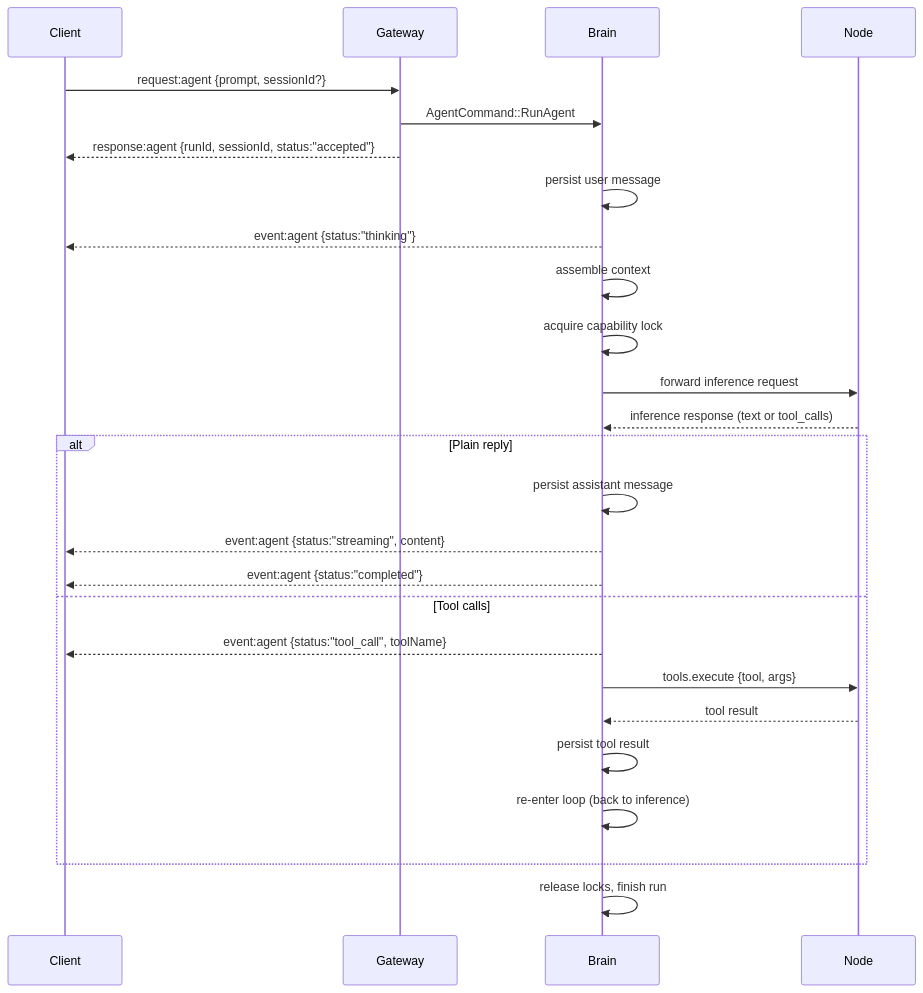
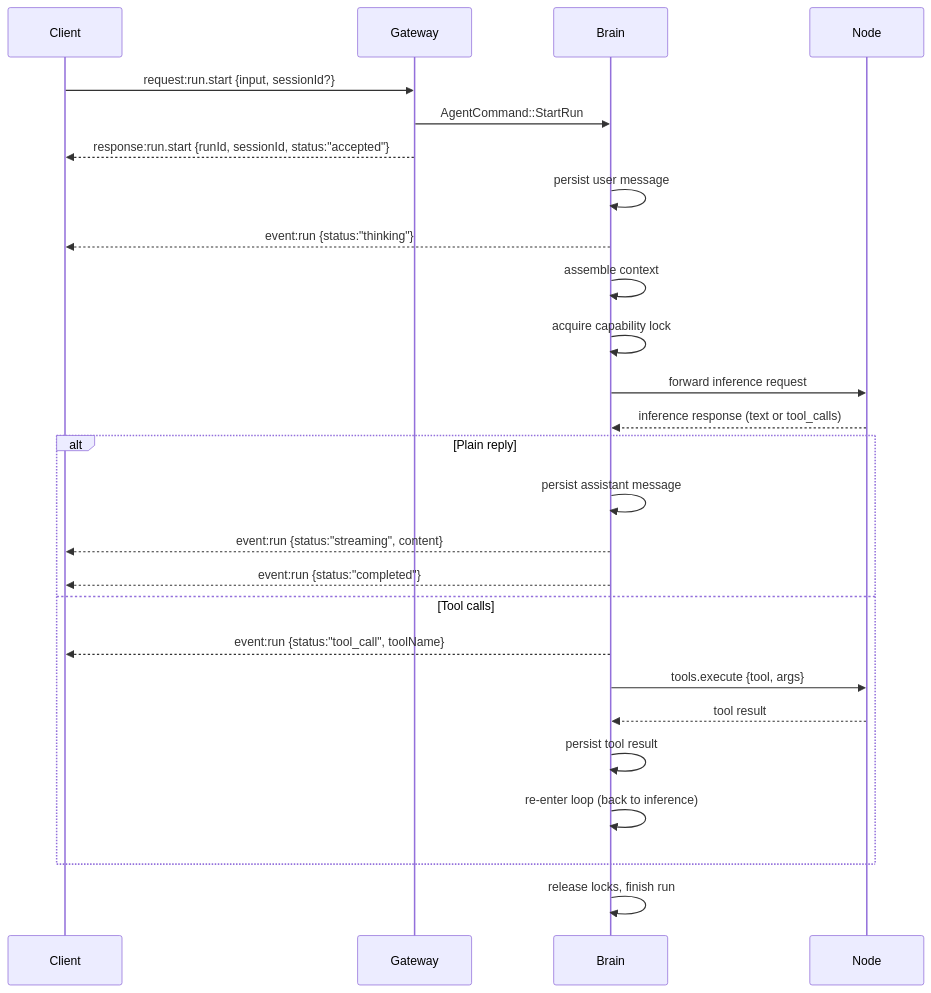
The first of 5 diagrams in docs/src/nexo/old_agent_file_theres_still_stuff_here_i_want_to_keep_but_lets_first_get_the_agent_loop_file_in_the_best_shape_and_implemented.md (thiezn/NEXO), drawn with Mermaid before and after one commit. The commit also changed other lines of this file and 106 other files, not shown here.

````diff
--- a/docs/src/nexo/old_agent_file_theres_still_stuff_here_i_want_to_keep_but_lets_first_get_the_agent_loop_file_in_the_best_shape_and_implemented.md
+++ b/docs/src/nexo/old_agent_file_theres_still_stuff_here_i_want_to_keep_but_lets_first_get_the_agent_loop_file_in_the_best_shape_and_implemented.md
@@ -20,32 +27,32 @@
 ```mermaid
 sequenceDiagram
     participant Client
     participant Gateway
     participant Brain
     participant Node
 
-    Client->>Gateway: request:agent {prompt, sessionId?}
-    Gateway->>Brain: AgentCommand::RunAgent
-    Gateway-->>Client: response:agent {runId, sessionId, status:"accepted"}
+    Client->>Gateway: request:run.start {input, sessionId?}
+    Gateway->>Brain: AgentCommand::StartRun
+    Gateway-->>Client: response:run.start {runId, sessionId, status:"accepted"}
 
     Brain->>Brain: persist user message
-    Brain-->>Client: event:agent {status:"thinking"}
+    Brain-->>Client: event:run {status:"thinking"}
     Brain->>Brain: assemble context
     Brain->>Brain: acquire capability lock
     Brain->>Node: forward inference request
     Node-->>Brain: inference response (text or tool_calls)
 
     alt Plain reply
         Brain->>Brain: persist assistant message
-        Brain-->>Client: event:agent {status:"streaming", content}
-        Brain-->>Client: event:agent {status:"completed"}
+        Brain-->>Client: event:run {status:"streaming", content}
+        Brain-->>Client: event:run {status:"completed"}
     else Tool calls
-        Brain-->>Client: event:agent {status:"tool_call", toolName}
+        Brain-->>Client: event:run {status:"tool_call", toolName}
         Brain->>Node: tools.execute {tool, args}
         Node-->>Brain: tool result
         Brain->>Brain: persist tool result
         Brain->>Brain: re-enter loop (back to inference)
     end
 
     Brain->>Brain: release locks, finish run
 ```
````
